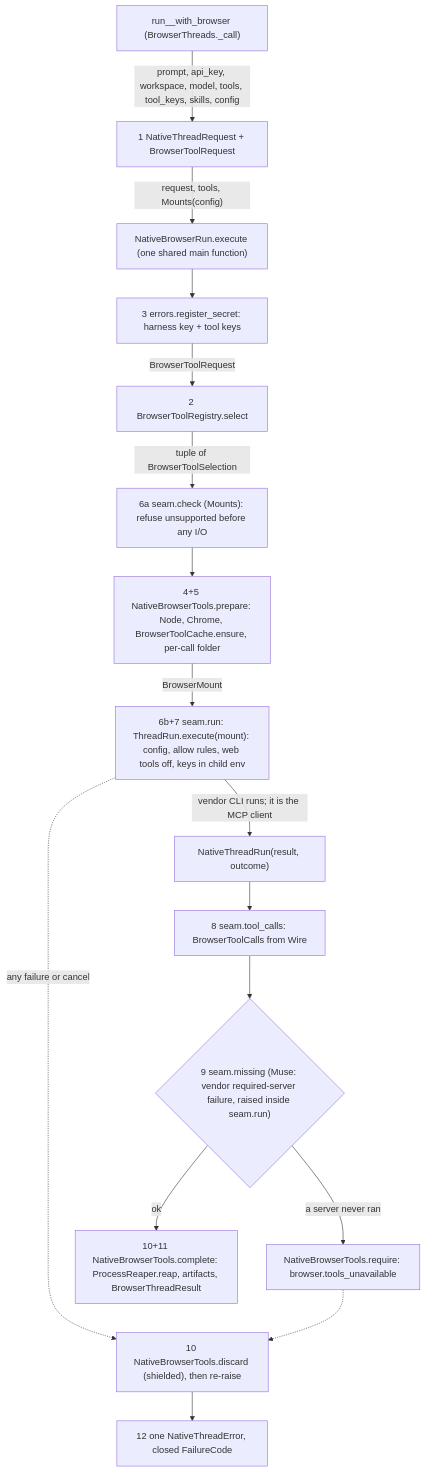
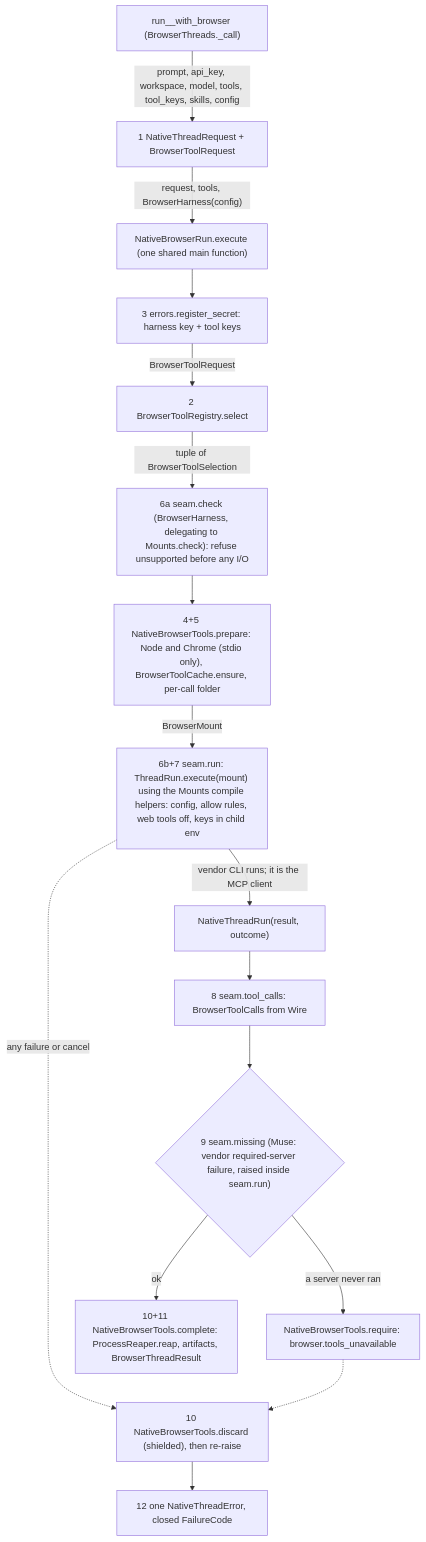
Before and after one commit to cerredz/Vidbyte-SDK: the diagram in docs/spec/harness-browser-tools/spec.md, drawn with Mermaid. The commit also changed other lines of this file, not shown here.

Commit message:
docs(spec): revise harness-browser-tools spec r3 (apply review r2 and probes)

````diff
--- a/docs/spec/harness-browser-tools/spec.md
+++ b/docs/spec/harness-browser-tools/spec.md
@@ -127,18 +127,18 @@
 ```mermaid
 flowchart TD
   A["run_<harness>_with_browser (<H>BrowserThreads._call)"] -->|"prompt, api_key, workspace, model, tools, tool_keys, skills, config"| B["1 NativeThreadRequest + BrowserToolRequest"]
-  B -->|"request, tools, <H>Mounts(config)"| R["NativeBrowserRun.execute (one shared main function)"]
+  B -->|"request, tools, <H>BrowserHarness(config)"| R["NativeBrowserRun.execute (one shared main function)"]
   R --> C["3 errors.register_secret: harness key + tool keys"]
   C -->|BrowserToolRequest| D["2 BrowserToolRegistry.select"]
-  D -->|"tuple of BrowserToolSelection"| E["6a seam.check (<H>Mounts): refuse unsupported before any I/O"]
-  E --> F["4+5 NativeBrowserTools.prepare: Node, Chrome, BrowserToolCache.ensure, per-call folder"]
-  F -->|BrowserMount| G["6b+7 seam.run: <H>ThreadRun.execute(mount): config, allow rules, web tools off, keys in child env"]
+  D -->|"tuple of BrowserToolSelection"| E["6a seam.check (<H>BrowserHarness, delegating to <H>Mounts.check): refuse unsupported before any I/O"]
+  E --> F["4+5 NativeBrowserTools.prepare: Node and Chrome (stdio only), BrowserToolCache.ensure, per-call folder"]
+  F -->|BrowserMount| G["6b+7 seam.run: <H>ThreadRun.execute(mount) using the <H>Mounts compile helpers: config, allow rules, web tools off, keys in child env"]
   G -->|"vendor CLI runs; it is the MCP client"| H["NativeThreadRun(result, outcome)"]
   H --> I["8 seam.tool_calls: BrowserToolCalls from <H>Wire"]
   I --> J{"9 seam.missing (Muse: vendor required-server failure, raised inside seam.run)"}
   J -->|"a server never ran"| K["NativeBrowserTools.require: browser.tools_unavailable"]
   J -->|ok| L["10+11 NativeBrowserTools.complete: ProcessReaper.reap, artifacts, BrowserThreadResult"]
   G -.->|"any failure or cancel"| M["10 NativeBrowserTools.discard (shielded), then re-raise"]
   K -.-> M
   M --> N["12 one NativeThreadError, closed FailureCode"]
 ```
````
